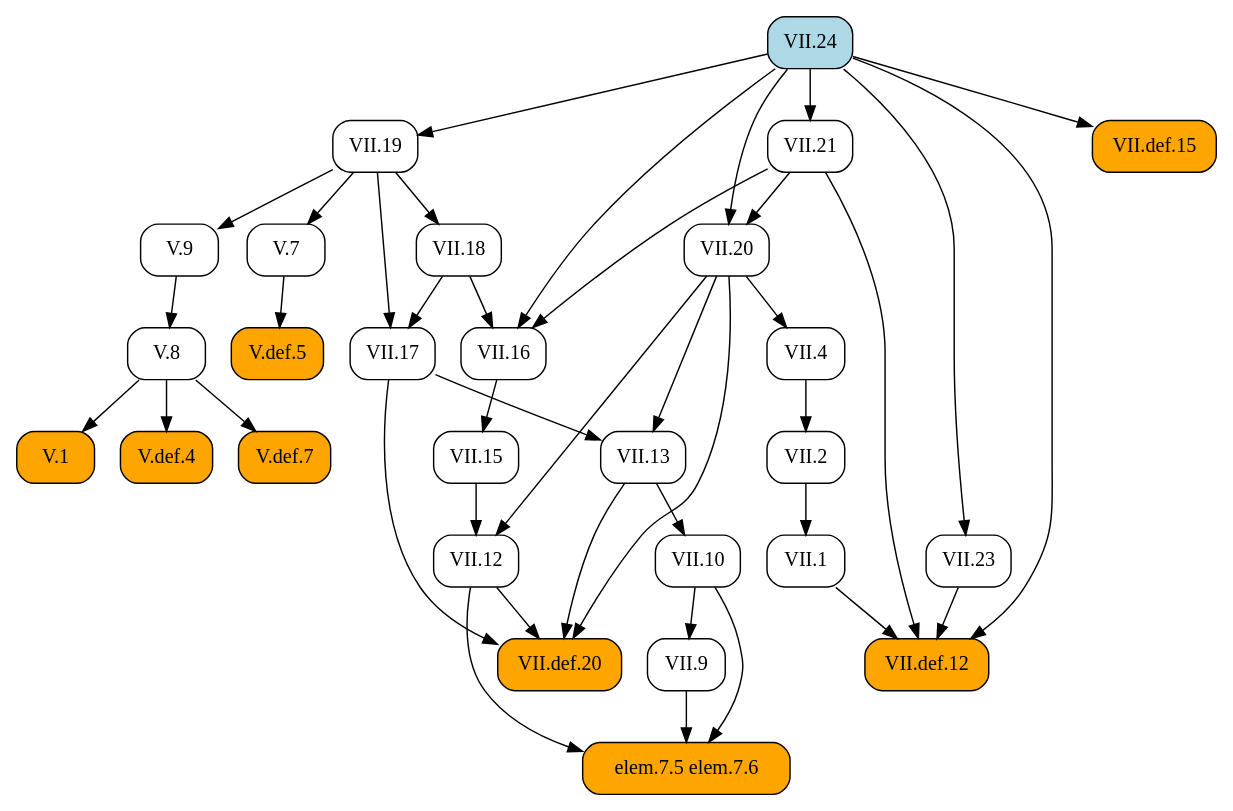
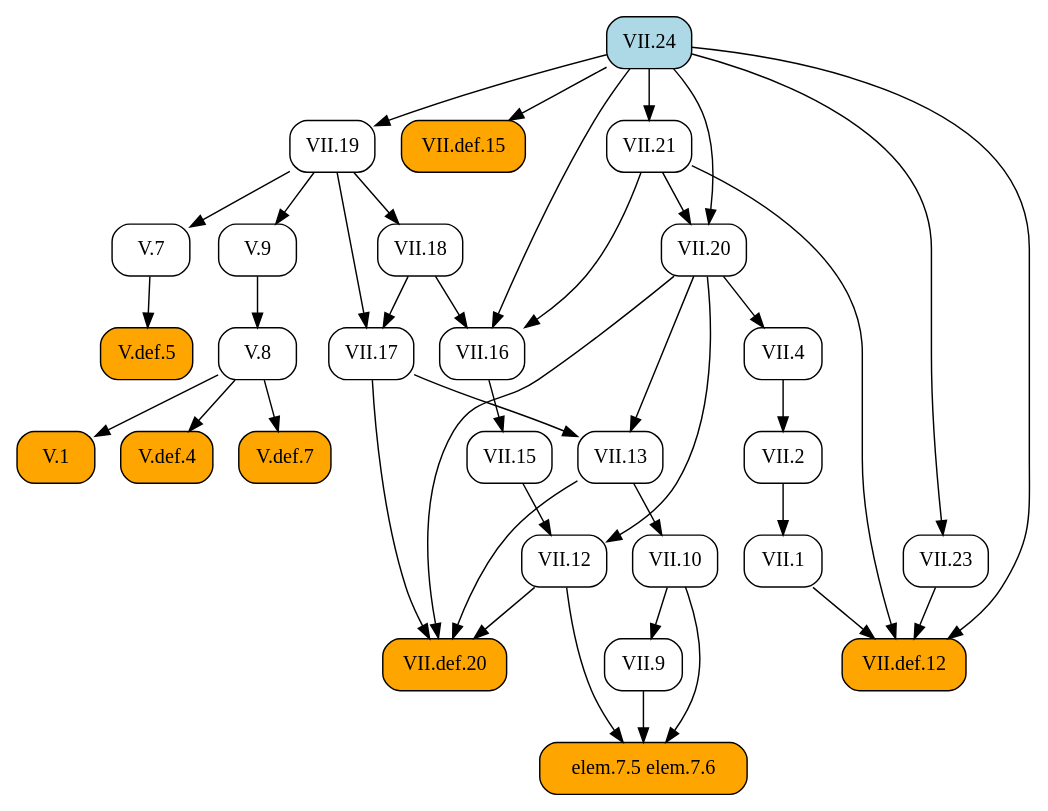
Before and after one commit to geometor/elements: the diagram in docsrc/heath/VII/24/index.rst, drawn with Graphviz. The commit also changed other lines of this file and 1029 other files, not shown here.

```diff
--- a/docsrc/heath/VII/24/index.rst
+++ b/docsrc/heath/VII/24/index.rst
@@ -48,73 +48,73 @@
 .. graphviz::
 
    digraph {
      rankdir="TB";
      node [shape=box, style=rounded];
-     "V.1" [style="rounded,filled", fillcolor=orange, URL="/heath/V/1/", target="_top"];
-     "VII.20" [URL="/heath/VII/20/", target="_top"];
-     "VII.12" [URL="/heath/VII/12/", target="_top"];
-     "VII.9" [URL="/heath/VII/9/", target="_top"];
-     "VII.23" [URL="/heath/VII/23/", target="_top"];
-     "VII.16" [URL="/heath/VII/16/", target="_top"];
-     "VII.13" [URL="/heath/VII/13/", target="_top"];
-     "V.def.4" [style="rounded,filled", fillcolor=orange, URL="/heath/V/def.4/", target="_top"];
-     "VII.def.15" [style="rounded,filled", fillcolor=orange, URL="/heath/VII/def.15/", target="_top"];
-     "VII.18" [URL="/heath/VII/18/", target="_top"];
+     "VII.def.12" [style="rounded,filled", fillcolor=orange, URL="/heath/VII/def.12/", target="_top"];
      "V.8" [URL="/heath/V/8/", target="_top"];
-     "VII.21" [URL="/heath/VII/21/", target="_top"];
-     "VII.24" [style="rounded,filled", fillcolor=lightblue, URL="/heath/VII/24/", target="_top"];
-     "V.7" [URL="/heath/V/7/", target="_top"];
-     "VII.19" [URL="/heath/VII/19/", target="_top"];
-     "VII.def.12" [style="rounded,filled", fillcolor=orange, URL="/heath/VII/def.12/", target="_top"];
-     "VII.15" [URL="/heath/VII/15/", target="_top"];
-     "VII.4" [URL="/heath/VII/4/", target="_top"];
-     "V.9" [URL="/heath/V/9/", target="_top"];
-     "VII.2" [URL="/heath/VII/2/", target="_top"];
-     "VII.def.20" [style="rounded,filled", fillcolor=orange, URL="/heath/VII/def.20/", target="_top"];
-     "elem.7.5 elem.7.6" [style="rounded,filled", fillcolor=orange];
      "VII.1" [URL="/heath/VII/1/", target="_top"];
      "VII.10" [URL="/heath/VII/10/", target="_top"];
+     "VII.9" [URL="/heath/VII/9/", target="_top"];
+     "VII.def.15" [style="rounded,filled", fillcolor=orange, URL="/heath/VII/def.15/", target="_top"];
+     "V.def.5" [style="rounded,filled", fillcolor=orange, URL="/heath/V/def.5/", target="_top"];
+     "VII.19" [URL="/heath/VII/19/", target="_top"];
+     "VII.18" [URL="/heath/VII/18/", target="_top"];
+     "VII.16" [URL="/heath/VII/16/", target="_top"];
+     "VII.4" [URL="/heath/VII/4/", target="_top"];
+     "VII.21" [URL="/heath/VII/21/", target="_top"];
+     "V.1" [style="rounded,filled", fillcolor=orange, URL="/heath/V/1/", target="_top"];
+     "VII.17" [URL="/heath/VII/17/", target="_top"];
+     "elem.7.5 elem.7.6" [style="rounded,filled", fillcolor=orange];
+     "VII.20" [URL="/heath/VII/20/", target="_top"];
+     "V.7" [URL="/heath/V/7/", target="_top"];
+     "VII.24" [style="rounded,filled", fillcolor=lightblue, URL="/heath/VII/24/", target="_top"];
+     "V.9" [URL="/heath/V/9/", target="_top"];
+     "V.def.4" [style="rounded,filled", fillcolor=orange, URL="/heath/V/def.4/", target="_top"];
+     "VII.13" [URL="/heath/VII/13/", target="_top"];
+     "VII.2" [URL="/heath/VII/2/", target="_top"];
      "V.def.7" [style="rounded,filled", fillcolor=orange, URL="/heath/V/def.7/", target="_top"];
-     "V.def.5" [style="rounded,filled", fillcolor=orange, URL="/heath/V/def.5/", target="_top"];
-     "VII.17" [URL="/heath/VII/17/", target="_top"];
-     "V.8" -> "V.1";
-     "VII.21" -> "VII.20";
-     "VII.24" -> "VII.20";
-     "VII.15" -> "VII.12";
-     "VII.20" -> "VII.12";
-     "VII.10" -> "VII.9";
-     "VII.24" -> "VII.23";
-     "VII.18" -> "VII.16";
-     "VII.21" -> "VII.16";
-     "VII.24" -> "VII.16";
-     "VII.17" -> "VII.13";
-     "VII.20" -> "VII.13";
-     "V.8" -> "V.def.4";
-     "VII.24" -> "VII.def.15";
-     "VII.19" -> "VII.18";
-     "V.9" -> "V.8";
-     "VII.24" -> "VII.21";
-     "VII.19" -> "V.7";
-     "VII.24" -> "VII.19";
+     "VII.12" [URL="/heath/VII/12/", target="_top"];
+     "VII.23" [URL="/heath/VII/23/", target="_top"];
+     "VII.15" [URL="/heath/VII/15/", target="_top"];
+     "VII.def.20" [style="rounded,filled", fillcolor=orange, URL="/heath/VII/def.20/", target="_top"];
      "VII.1" -> "VII.def.12";
      "VII.21" -> "VII.def.12";
      "VII.23" -> "VII.def.12";
      "VII.24" -> "VII.def.12";
+     "V.9" -> "V.8";
+     "VII.2" -> "VII.1";
+     "VII.13" -> "VII.10";
+     "VII.10" -> "VII.9";
+     "VII.24" -> "VII.def.15";
+     "V.7" -> "V.def.5";
+     "VII.24" -> "VII.19";
+     "VII.19" -> "VII.18";
+     "VII.18" -> "VII.16";
+     "VII.21" -> "VII.16";
+     "VII.24" -> "VII.16";
+     "VII.20" -> "VII.4";
+     "VII.24" -> "VII.21";
+     "V.8" -> "V.1";
+     "VII.18" -> "VII.17";
+     "VII.19" -> "VII.17";
+     "VII.9" -> "elem.7.5 elem.7.6";
+     "VII.10" -> "elem.7.5 elem.7.6";
+     "VII.12" -> "elem.7.5 elem.7.6";
+     "VII.21" -> "VII.20";
+     "VII.24" -> "VII.20";
+     "VII.19" -> "V.7";
+     "VII.19" -> "V.9";
+     "V.8" -> "V.def.4";
+     "VII.17" -> "VII.13";
+     "VII.20" -> "VII.13";
+     "VII.4" -> "VII.2";
+     "V.8" -> "V.def.7";
+     "VII.15" -> "VII.12";
+     "VII.20" -> "VII.12";
+     "VII.24" -> "VII.23";
      "VII.16" -> "VII.15";
-     "VII.20" -> "VII.4";
-     "VII.19" -> "V.9";
-     "VII.4" -> "VII.2";
      "VII.12" -> "VII.def.20";
      "VII.13" -> "VII.def.20";
      "VII.17" -> "VII.def.20";
      "VII.20" -> "VII.def.20";
-     "VII.9" -> "elem.7.5 elem.7.6";
-     "VII.10" -> "elem.7.5 elem.7.6";
-     "VII.12" -> "elem.7.5 elem.7.6";
-     "VII.2" -> "VII.1";
-     "VII.13" -> "VII.10";
-     "V.8" -> "V.def.7";
-     "V.7" -> "V.def.5";
-     "VII.18" -> "VII.17";
-     "VII.19" -> "VII.17";
    }
```
